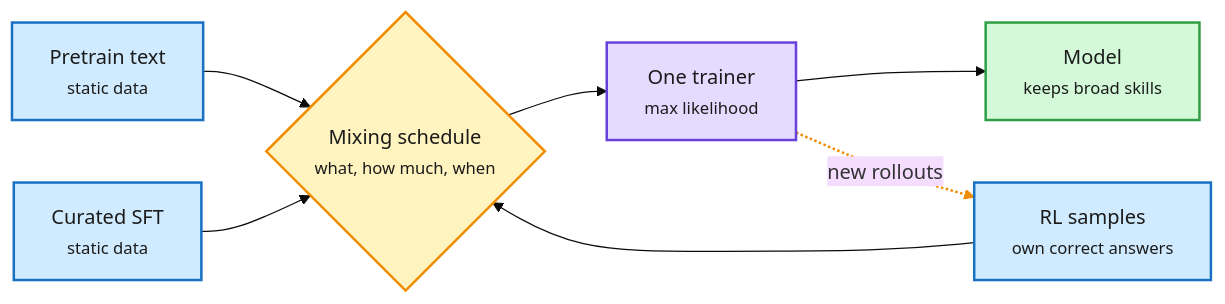
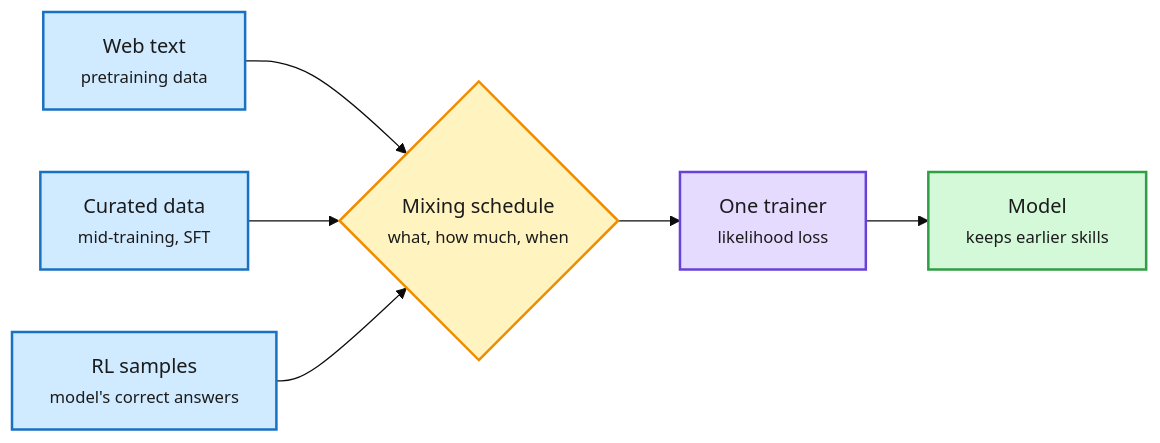
The fourth of 4 diagrams in wiki/daily-digest/2026-11/2026-11-01.md (bayesiansapien/cere-bro), drawn with Mermaid (base theme) before and after one commit. The commit also changed other lines of this file, not shown here.

````diff
--- a/wiki/daily-digest/2026-11/2026-11-01.md
+++ b/wiki/daily-digest/2026-11/2026-11-01.md
@@ -310,18 +243,16 @@
 ```mermaid
 flowchart LR
-  P["Pretrain text<br/><small>static data</small>"] --> M{"Mixing schedule<br/><small>what, how much, when</small>"}
-  S["Curated SFT<br/><small>static data</small>"] --> M
-  R["RL samples<br/><small>own correct answers</small>"] --> M
-  M --> L["One trainer<br/><small>max likelihood</small>"]
-  L --> O["Model<br/><small>keeps broad skills</small>"]
-  L -.->|new rollouts| R
+  W["Web text<br/><small>pretraining data</small>"] --> M{"Mixing schedule<br/><small>what, how much, when</small>"}
+  C["Curated data<br/><small>mid-training, SFT</small>"] --> M
+  R["RL samples<br/><small>model's correct answers</small>"] --> M
+  M --> T["One trainer<br/><small>likelihood loss</small>"]
+  T --> O["Model<br/><small>keeps earlier skills</small>"]
   classDef input fill:#d0ebff,stroke:#1971c2,color:#1b1b1b,stroke-width:2px
   classDef loop fill:#fff3bf,stroke:#f08c00,color:#1b1b1b,stroke-width:2px
   classDef core fill:#e5dbff,stroke:#6741d9,color:#1b1b1b,stroke-width:2px
   classDef exit fill:#d3f9d8,stroke:#2f9e44,color:#1b1b1b,stroke-width:2px
-  class P,S,R input
+  class W,C,R input
   class M loop
-  class L core
+  class T core
   class O exit
-  linkStyle 5 stroke:#f08c00,stroke-width:2px
 ```
````
